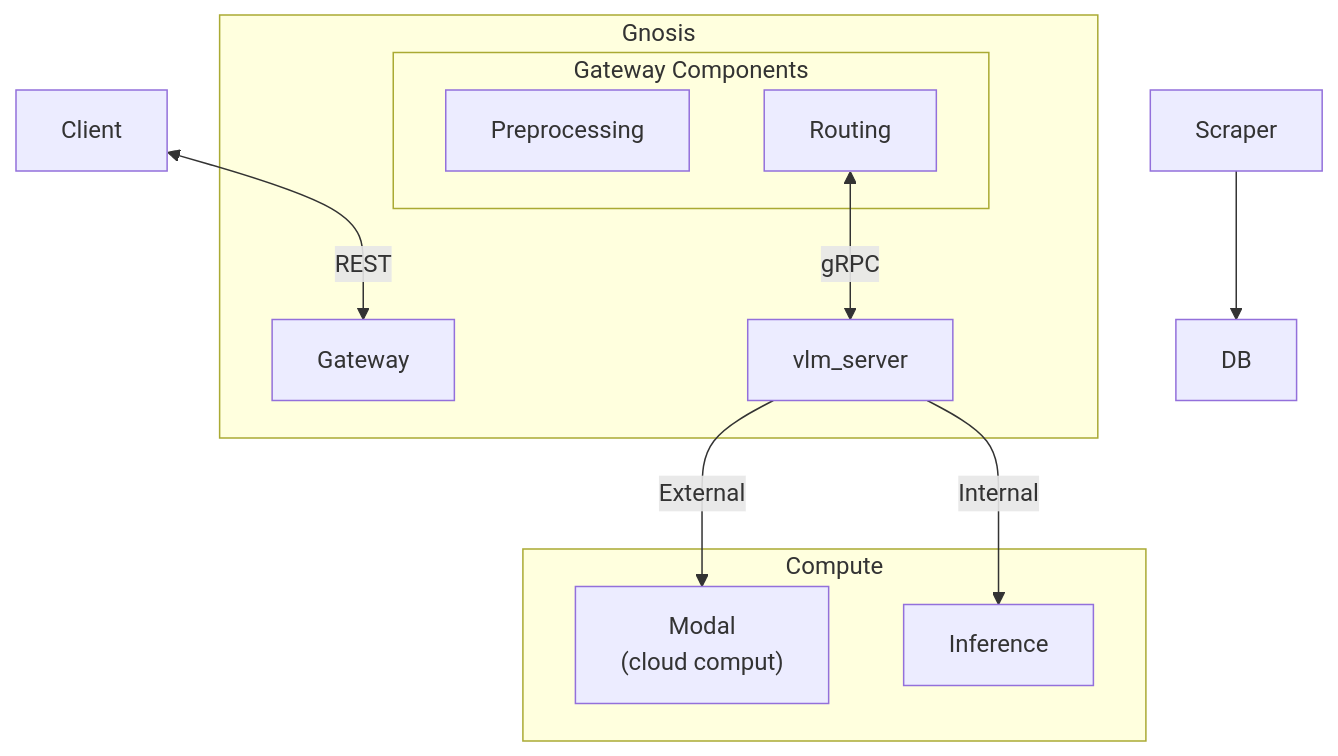
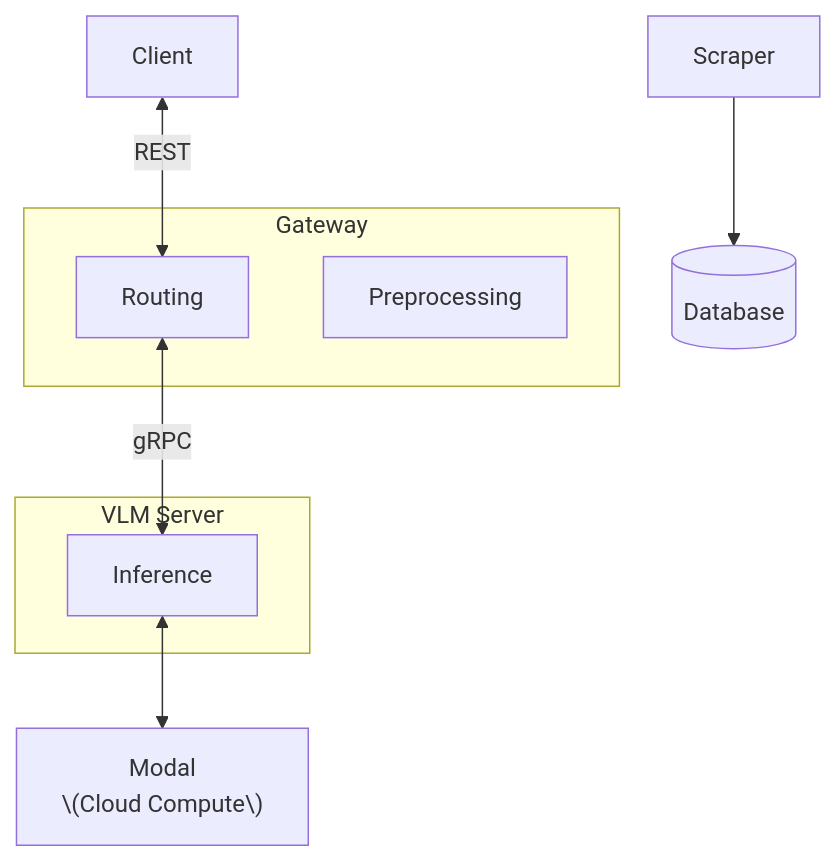
Before and after one commit to kthaisociety/gnosis: the diagram in README.md, drawn with Mermaid. The commit also changed other lines of this file, not shown here.

Commit message:
fixed architecture in main README

````diff
--- a/README.md
+++ b/README.md
@@ -16,23 +16,18 @@
 ```mermaid
 graph TD
-    Client <-->|REST| Gateway
-    
-    subgraph "Gnosis"
-        Gateway
-        
-        subgraph "Gateway Components"
-            Preprocessing
-            Routing
-        end
-        
-        Routing <-->|gRPC| VLM_Server
+    Client <-->|REST| Routing
+
+    subgraph Gateway
+        Preprocessing
+        Routing
     end
 
-    subgraph "Compute"
-        VLM_Server[vlm_server]
-        VLM_Server -->|External| Modal["Modal\n(cloud comput)"]
-        VLM_Server -->|Internal| Inference
+    subgraph "VLM Server"
+        Inference
     end
 
-    Scraper --> DB
+    Routing <-->|gRPC| Inference
+    Inference <--> Modal["Modal<br>\(Cloud Compute\)"]
+
+    Scraper --> DB[(Database)]
 ```
````
